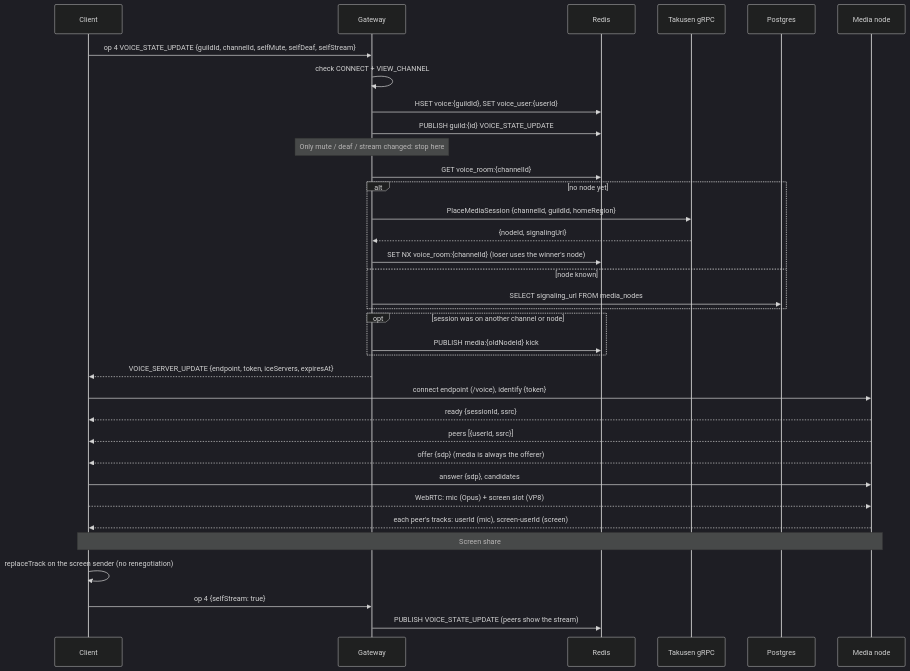
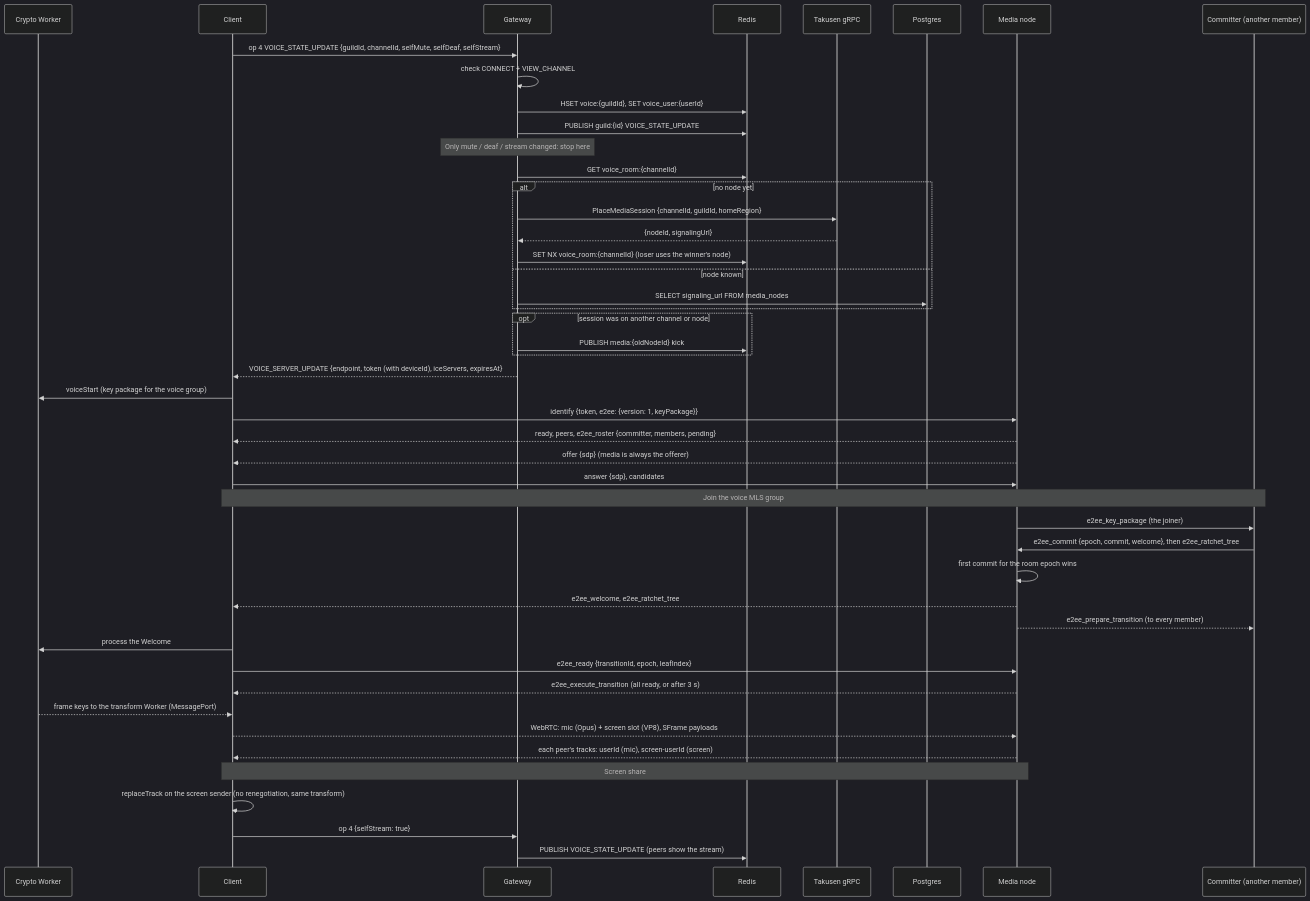
One commit to dan-hummelstad/hachiman changed the third of 4 diagrams in README.md. Above: the diagram before and after it, drawn with Mermaid (dark theme). The commit also changed other lines of this file and 339 other files, not shown here.

Commit message:
feat(e2ee): implement crypto package, Takusen DS, gateway/media, client lib, UI and hosts

````diff
--- a/README.md
+++ b/README.md
@@ -126,39 +163,52 @@
 ```mermaid
 sequenceDiagram
+  participant W as Crypto Worker
   participant C as Client
   participant G as Gateway
   participant R as Redis
   participant OG as Takusen gRPC
   participant PG as Postgres
   participant M as Media node
+  participant P as Committer (another member)
 
   C->>G: op 4 VOICE_STATE_UPDATE {guildId, channelId, selfMute, selfDeaf, selfStream}
   G->>G: check CONNECT + VIEW_CHANNEL
   G->>R: HSET voice:{guildId}, SET voice_user:{userId}
   G->>R: PUBLISH guild:{id} VOICE_STATE_UPDATE
   Note over G: Only mute / deaf / stream changed: stop here
   G->>R: GET voice_room:{channelId}
   alt no node yet
     G->>OG: PlaceMediaSession {channelId, guildId, homeRegion}
     OG-->>G: {nodeId, signalingUrl}
     G->>R: SET NX voice_room:{channelId} (loser uses the winner's node)
   else node known
     G->>PG: SELECT signaling_url FROM media_nodes
   end
   opt session was on another channel or node
     G->>R: PUBLISH media:{oldNodeId} kick
   end
-  G-->>C: VOICE_SERVER_UPDATE {endpoint, token, iceServers, expiresAt}
-  C->>M: connect endpoint (/voice), identify {token}
-  M-->>C: ready {sessionId, ssrc}
-  M-->>C: peers [{userId, ssrc}]
+  G-->>C: VOICE_SERVER_UPDATE {endpoint, token (with deviceId), iceServers, expiresAt}
+  C->>W: voiceStart (key package for the voice group)
+  C->>M: identify {token, e2ee: {version: 1, keyPackage}}
+  M-->>C: ready, peers, e2ee_roster {committer, members, pending}
   M-->>C: offer {sdp} (media is always the offerer)
   C->>M: answer {sdp}, candidates
-  C-->>M: WebRTC: mic (Opus) + screen slot (VP8)
+
+  Note over C,P: Join the voice MLS group
+  M->>P: e2ee_key_package (the joiner)
+  P->>M: e2ee_commit {epoch, commit, welcome}, then e2ee_ratchet_tree
+  M->>M: first commit for the room epoch wins
+  M-->>C: e2ee_welcome, e2ee_ratchet_tree
+  M-->>P: e2ee_prepare_transition (to every member)
+  C->>W: process the Welcome
+  C->>M: e2ee_ready {transitionId, epoch, leafIndex}
+  M-->>C: e2ee_execute_transition (all ready, or after 3 s)
+  W-->>C: frame keys to the transform Worker (MessagePort)
+  C-->>M: WebRTC: mic (Opus) + screen slot (VP8), SFrame payloads
   M-->>C: each peer's tracks: userId (mic), screen-userId (screen)
 
   Note over C,M: Screen share
-  C->>C: replaceTrack on the screen sender (no renegotiation)
+  C->>C: replaceTrack on the screen sender (no renegotiation, same transform)
   C->>G: op 4 {selfStream: true}
   G->>R: PUBLISH VOICE_STATE_UPDATE (peers show the stream)
 ```
````
